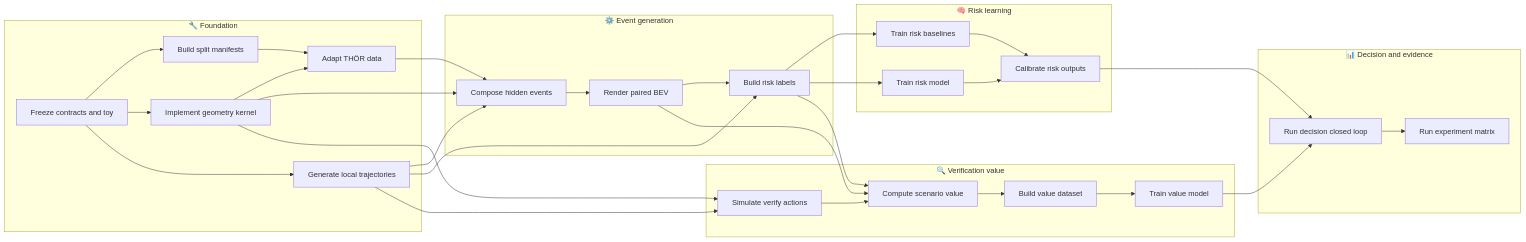
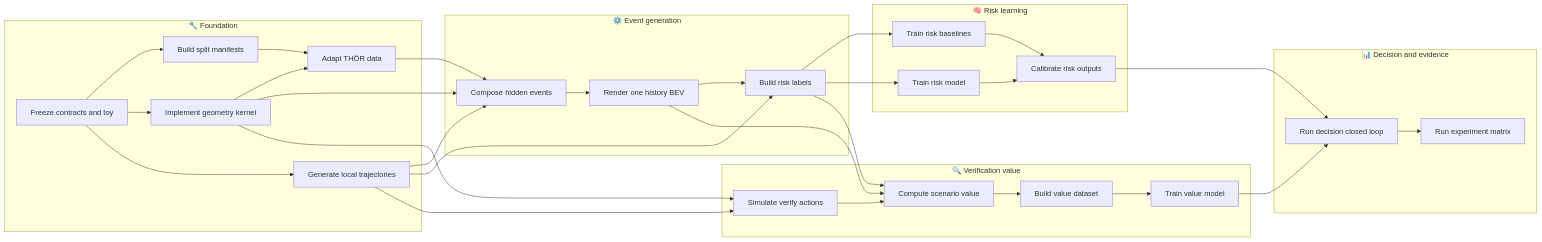
One commit to MaaaGuaaa/when-to-verify changed the diagram in docs/event_centered_blind_spot_agent_sops.md. Above: the diagram before and after it, drawn with Mermaid. The commit also changed other lines of this file and 36 other files, not shown here.

````diff
--- a/docs/event_centered_blind_spot_agent_sops.md
+++ b/docs/event_centered_blind_spot_agent_sops.md
@@ -202,62 +209,62 @@
 ```mermaid
 flowchart LR
     accTitle: Agent SOP Dependency Graph
     accDescr: Seventeen implementation tasks grouped into foundation, risk, verification, and evaluation lanes with explicit dependencies and parallelizable branches
 
     subgraph foundation ["🔧 Foundation"]
         sop00[Freeze contracts and toy]
         sop01[Build split manifests]
         sop02[Implement geometry kernel]
         sop03[Adapt THÖR data]
         sop04[Generate local trajectories]
         sop00 --> sop01
         sop00 --> sop02
         sop00 --> sop04
         sop01 --> sop03
         sop02 --> sop03
     end
 
     subgraph generation ["⚙️ Event generation"]
         sop05[Compose hidden events]
-        sop06[Render paired BEV]
+        sop06[Render one history BEV]
         sop07[Build risk labels]
         sop03 --> sop05
         sop04 --> sop05
         sop02 --> sop05
         sop05 --> sop06
         sop04 --> sop07
         sop06 --> sop07
     end
 
     subgraph risk ["🧠 Risk learning"]
         sop08[Train risk baselines]
         sop09[Train risk model]
         sop10[Calibrate risk outputs]
         sop07 --> sop08
         sop07 --> sop09
         sop08 --> sop10
         sop09 --> sop10
     end
 
     subgraph verification ["🔍 Verification value"]
         sop11[Simulate verify actions]
         sop12[Compute scenario value]
         sop13[Build value dataset]
         sop14[Train value model]
         sop02 --> sop11
         sop04 --> sop11
         sop06 --> sop12
         sop07 --> sop12
         sop11 --> sop12
         sop12 --> sop13
         sop13 --> sop14
     end
 
     subgraph evaluation ["📊 Decision and evidence"]
         sop15[Run decision closed loop]
         sop16[Run experiment matrix]
         sop10 --> sop15
         sop14 --> sop15
         sop15 --> sop16
     end
 ```
````
